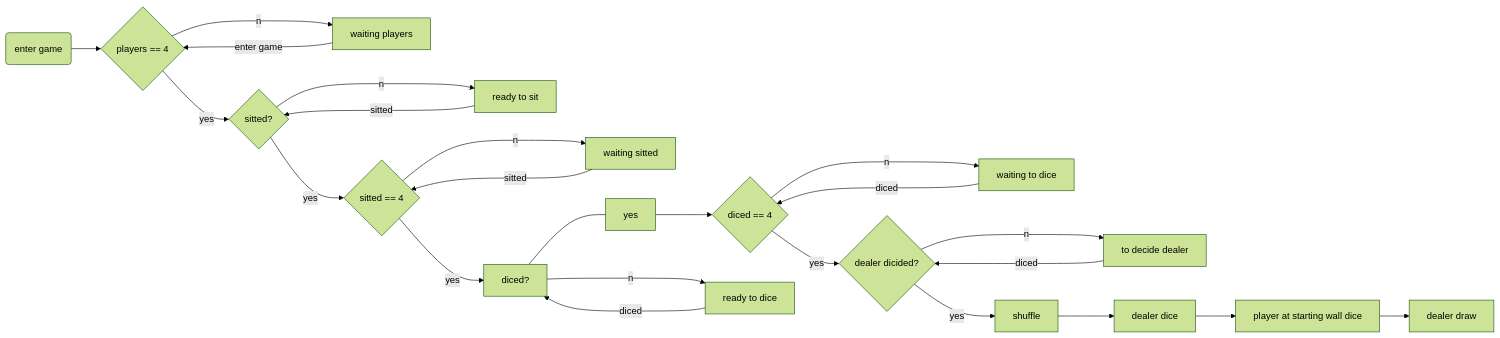
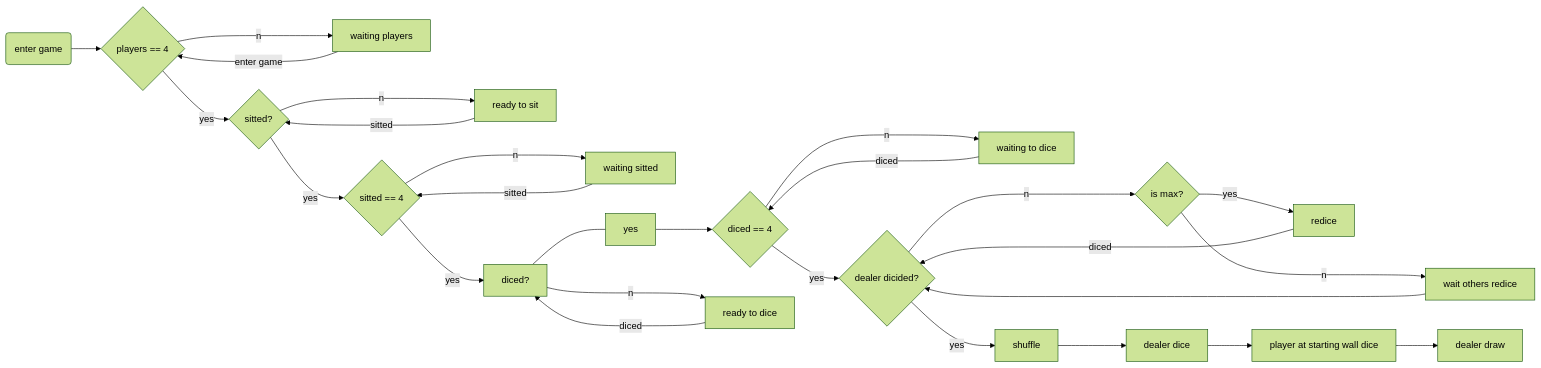
The third of 3 diagrams in mahjong/docs/Mahjong.md (javastudyaccount/java), drawn with Mermaid (forest theme) before and after one commit. The commit also changed 7 other files, not shown here.

````diff
--- a/mahjong/docs/Mahjong.md
+++ b/mahjong/docs/Mahjong.md
@@ -474,44 +474,50 @@
 ```mermaid
 graph LR
 start(enter game) 
 a{players == 4} 
 b[waiting players]
 c[ready to sit]
 d{sitted?}
 
 e{sitted == 4}
 f[waiting sitted]
 g[diced?]
 i{diced == 4}
 h[ready to dice]
 j[waiting to dice]
 k{dealer dicided?}
-l[to decide dealer]
+k1{is max?}
+k2[wait others redice]
+l[redice]
 m[shuffle]
 n[dealer dice]
 o[player at starting wall dice]
 p[dealer draw]
 
 start --> a
 a --no--> b
 b --enter game--> a
 a --yes--> d
 d --yes--> e
 e --no--> f
 f --sitted--> e
 d --no--> c
 c --sitted--> d
 e --yes--> g
 g --no--> h
 g ---yes--> i
 h --diced--> g
 i --no--> j
 j --diced--> i
 i --yes--> k
-k --no--> l
+
+k --no--> k1
+k1 --no--> k2
+k2 --> k
+k1 --yes--> l
 l --diced--> k
 k --yes--> m
 m --> n
 n --> o
 o --> p
 ```
````
